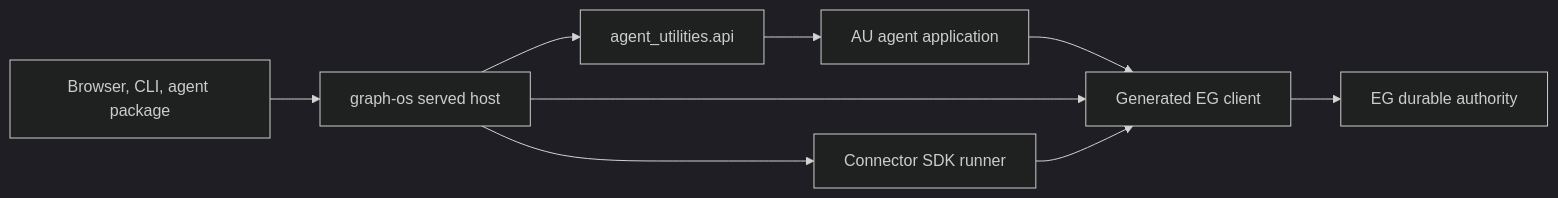
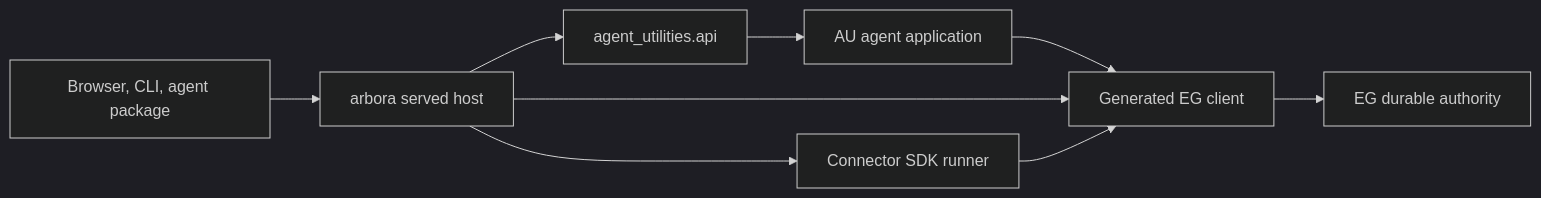
One commit to Knuckles-Team/agent-utilities changed the diagram in specs/au-boundary-deconstruction/plan.md. Above: the diagram before and after it, drawn with Mermaid (dark theme). The commit also changed other lines of this file and 22 other files, not shown here.

First line of the commit message:
chore: rename graph-os terminology to arbora

````diff
--- a/specs/au-boundary-deconstruction/plan.md
+++ b/specs/au-boundary-deconstruction/plan.md
@@ -23,11 +23,11 @@
 ```mermaid
 flowchart LR
-  Client["Browser, CLI, agent package"] --> Host[graph-os served host]
+  Client["Browser, CLI, agent package"] --> Host[arbora served host]
   Host --> API[agent_utilities.api]
   API --> App[AU agent application]
   App --> EGC[Generated EG client]
   Host --> EGC
   Host --> SDK[Connector SDK runner]
   SDK --> EGC
   EGC --> EG[EG durable authority]
 ```
````
